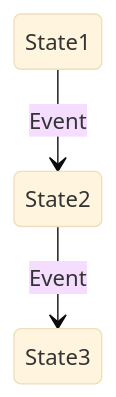
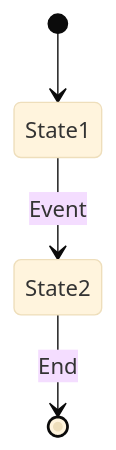
One commit to soma-org/soma changed the third of 4 diagrams in memory-bank/shared/documentation_suggestions.md. Above: the diagram before and after it, drawn with Mermaid (base theme). The commit also changed other lines of this file and 20 other files, not shown here.

````diff
--- a/memory-bank/shared/documentation_suggestions.md
+++ b/memory-bank/shared/documentation_suggestions.md
@@ -527,5 +103,6 @@
-   ```mermaid
-   stateDiagram-v2
-       State1 --> State2: Event
-       State2 --> State3: Event
-   ```
+```mermaid
+stateDiagram-v2
+    [*] --> State1
+    State1 --> State2: Event
+    State2 --> [*]: End
+```
````
